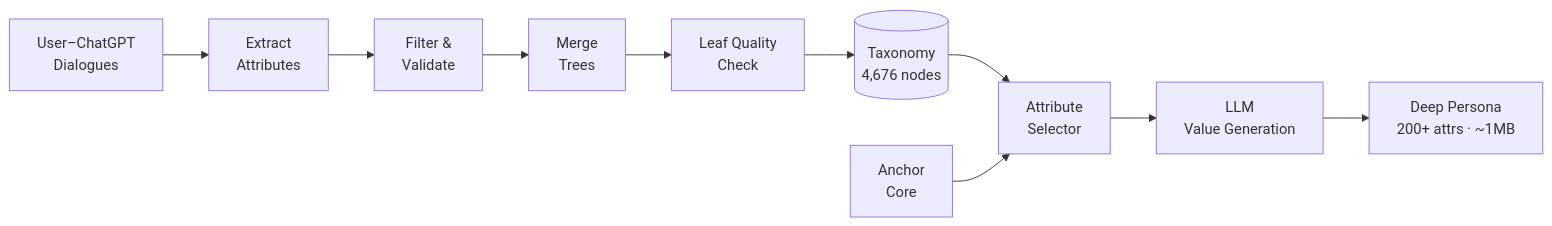
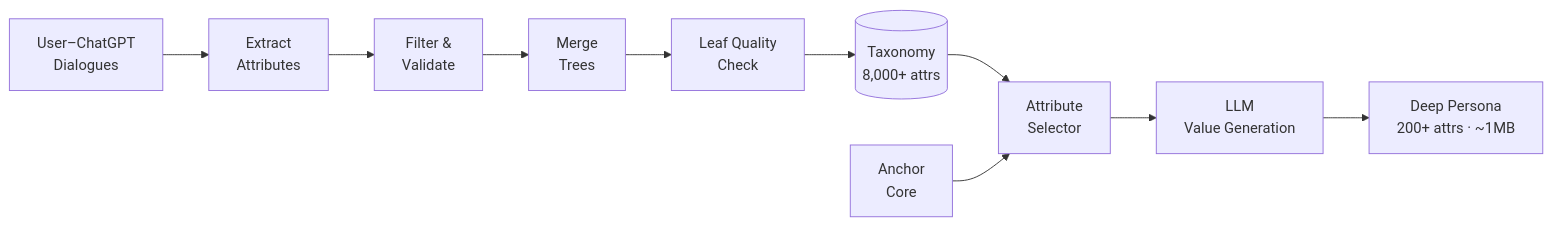
The diagram in README.md (thzva/Deeppersona), drawn with Mermaid before and after one commit. The commit also changed other lines of this file and 2 other files, not shown here.

First line of the commit message:
Correct taxonomy scale from 4,676 nodes to 8,000+ attributes

````diff
--- a/README.md
+++ b/README.md
@@ -201,12 +201,12 @@
 ```mermaid
 flowchart LR
     D[User–ChatGPT<br/>Dialogues] --> E[Extract<br/>Attributes]
     E --> F[Filter &<br/>Validate]
     F --> M[Merge<br/>Trees]
     M --> Q[Leaf Quality<br/>Check]
-    Q --> T[(Taxonomy<br/>4,676 nodes)]
+    Q --> T[(Taxonomy<br/>8,000+ attrs)]
     T --> S[Attribute<br/>Selector]
     A[Anchor<br/>Core] --> S
     S --> L[LLM<br/>Value Generation]
     L --> P[Deep Persona<br/>200+ attrs · ~1MB]
 ```
````
